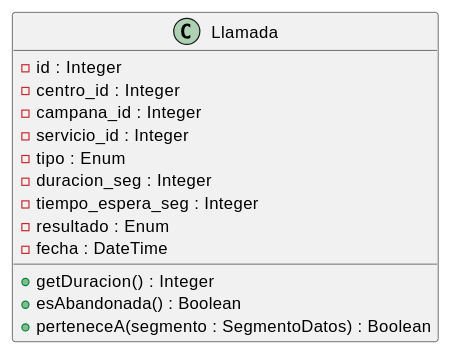
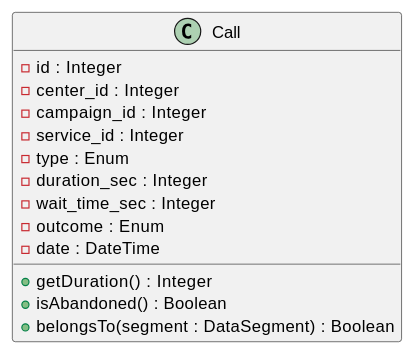
One commit to jcg-admin/IACT-docs changed the diagram in source/requisitos/_metodologia-aplicacion/diagramas-uml/diagrama-de-clases-entidad-llamada-uc-rpt.rst. Above: the diagram before and after it, drawn with PlantUML. The commit also changed 6 other files, not shown here.

```diff
--- a/source/requisitos/_metodologia-aplicacion/diagramas-uml/diagrama-de-clases-entidad-llamada-uc-rpt.rst
+++ b/source/requisitos/_metodologia-aplicacion/diagramas-uml/diagrama-de-clases-entidad-llamada-uc-rpt.rst
@@ -4,19 +4,19 @@
 .. uml::
 
    @startuml
 
-   class Llamada {
+   class Call {
      - id : Integer
-     - centro_id : Integer
-     - campana_id : Integer
-     - servicio_id : Integer
-     - tipo : Enum
-     - duracion_seg : Integer
-     - tiempo_espera_seg : Integer
-     - resultado : Enum
-     - fecha : DateTime
-     + getDuracion() : Integer
-     + esAbandonada() : Boolean
-     + perteneceA(segmento : SegmentoDatos) : Boolean
+     - center_id : Integer
+     - campaign_id : Integer
+     - service_id : Integer
+     - type : Enum
+     - duration_sec : Integer
+     - wait_time_sec : Integer
+     - outcome : Enum
+     - date : DateTime
+     + getDuration() : Integer
+     + isAbandoned() : Boolean
+     + belongsTo(segment : DataSegment) : Boolean
    }
    @enduml
```
